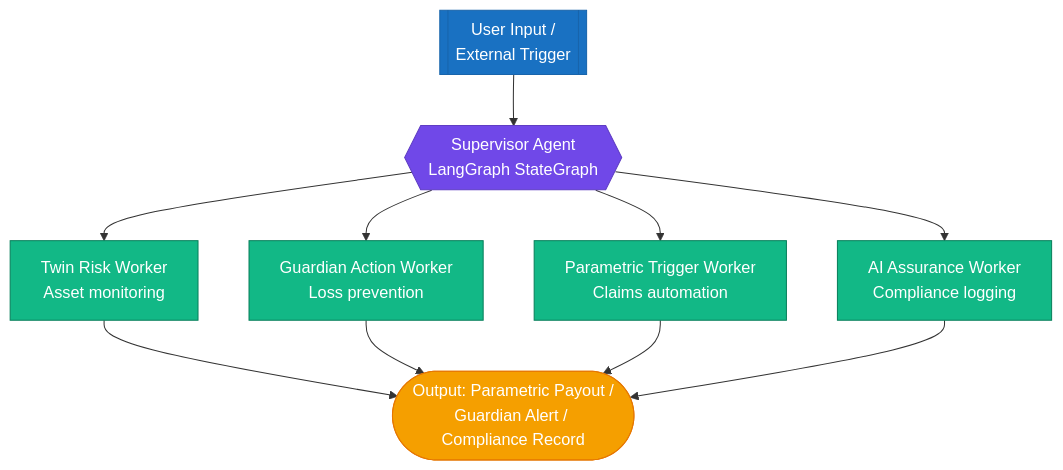
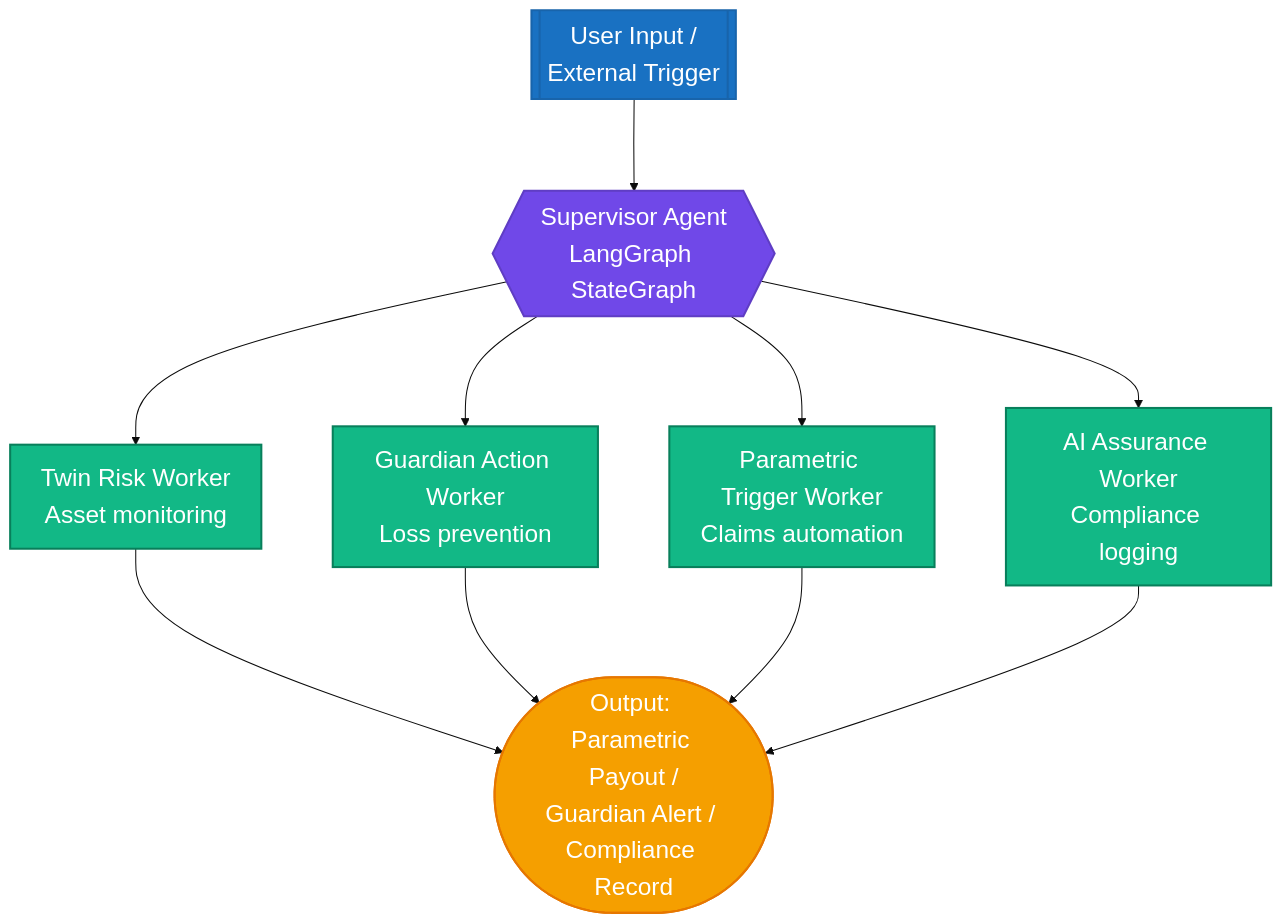
The first of 4 diagrams in DEPLOYMENT_GUIDE.md (sehgalnamit/udp2-living-risk-engine), drawn with Mermaid before and after one commit. The commit also changed other lines of this file and 7 other files, not shown here.

Commit message:
Increase Mermaid diagram font size and disable max-width for better visibility

````diff
--- a/DEPLOYMENT_GUIDE.md
+++ b/DEPLOYMENT_GUIDE.md
@@ -87,19 +87,20 @@
 ```mermaid
+%%{init: {'theme': 'base', 'themeVariables': {'fontSize': '24px'}, 'flowchart': {'useMaxWidth': false, 'nodeSpacing': 70, 'rankSpacing': 90}}}%%
 flowchart TD
-    classDef input fill:#1971C2,color:#fff,stroke:#1864AB,stroke-width:1px;
-    classDef supervisor fill:#7048E8,color:#fff,stroke:#5F3DC4,stroke-width:1px;
-    classDef worker fill:#12B886,color:#fff,stroke:#087F5B,stroke-width:1px;
-    classDef output fill:#F59F00,color:#fff,stroke:#E67700,stroke-width:1px;
+    classDef input fill:#1971C2,color:#fff,stroke:#1864AB,stroke-width:2px;
+    classDef supervisor fill:#7048E8,color:#fff,stroke:#5F3DC4,stroke-width:2px;
+    classDef worker fill:#12B886,color:#fff,stroke:#087F5B,stroke-width:2px;
+    classDef output fill:#F59F00,color:#fff,stroke:#E67700,stroke-width:2px;
 
     In[[User Input /\nExternal Trigger]]:::input --> Sup{{Supervisor Agent\nLangGraph StateGraph}}:::supervisor
 
     Sup --> W1[Twin Risk Worker\nAsset monitoring]:::worker
     Sup --> W2[Guardian Action Worker\nLoss prevention]:::worker
     Sup --> W3[Parametric Trigger Worker\nClaims automation]:::worker
     Sup --> W4[AI Assurance Worker\nCompliance logging]:::worker
 
     W1 --> Out([Output: Parametric Payout /\nGuardian Alert / Compliance Record]):::output
     W2 --> Out
     W3 --> Out
     W4 --> Out
 ```
````
